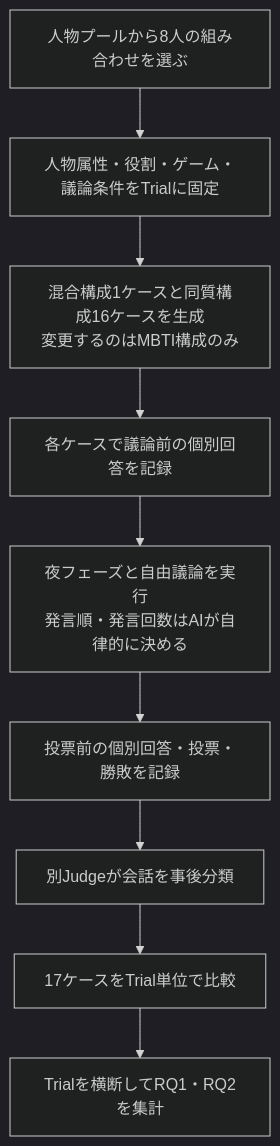
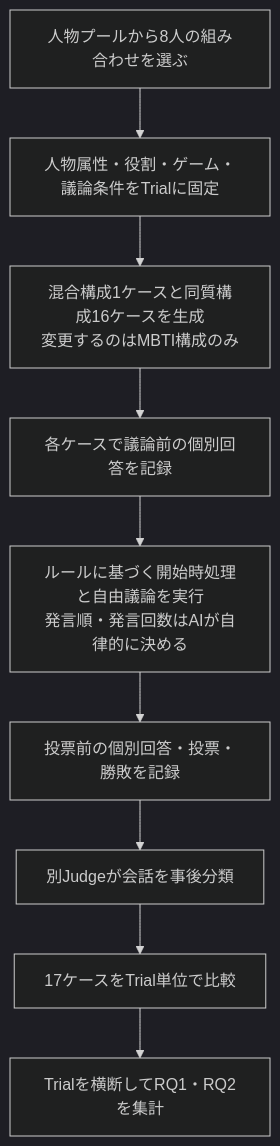
One commit to ziriss8120121/hackathon-test changed the second of 2 diagrams in docs/requirements.md. Above: the diagram before and after it, drawn with Mermaid (dark theme). The commit also changed other lines of this file, not shown here.

````diff
--- a/docs/requirements.md
+++ b/docs/requirements.md
@@ -88,11 +88,11 @@
 ```mermaid
 flowchart TD
     A["人物プールから8人の組み合わせを選ぶ"] --> B["人物属性・役割・ゲーム・議論条件をTrialに固定"]
     B --> C["混合構成1ケースと同質構成16ケースを生成\n変更するのはMBTI構成のみ"]
     C --> D["各ケースで議論前の個別回答を記録"]
-    D --> E["夜フェーズと自由議論を実行\n発言順・発言回数はAIが自律的に決める"]
+    D --> E["ルールに基づく開始時処理と自由議論を実行\n発言順・発言回数はAIが自律的に決める"]
     E --> F["投票前の個別回答・投票・勝敗を記録"]
     F --> G["別Judgeが会話を事後分類"]
     G --> H["17ケースをTrial単位で比較"]
     H --> I["Trialを横断してRQ1・RQ2を集計"]
 ```
````
